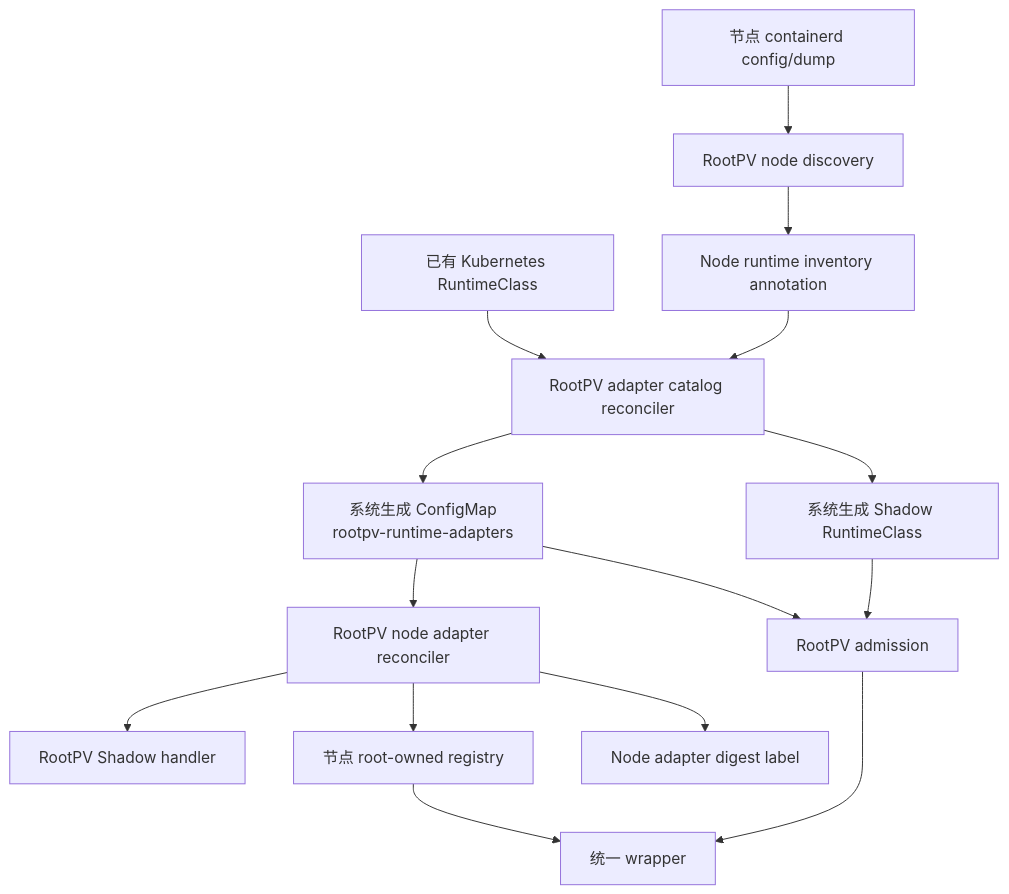
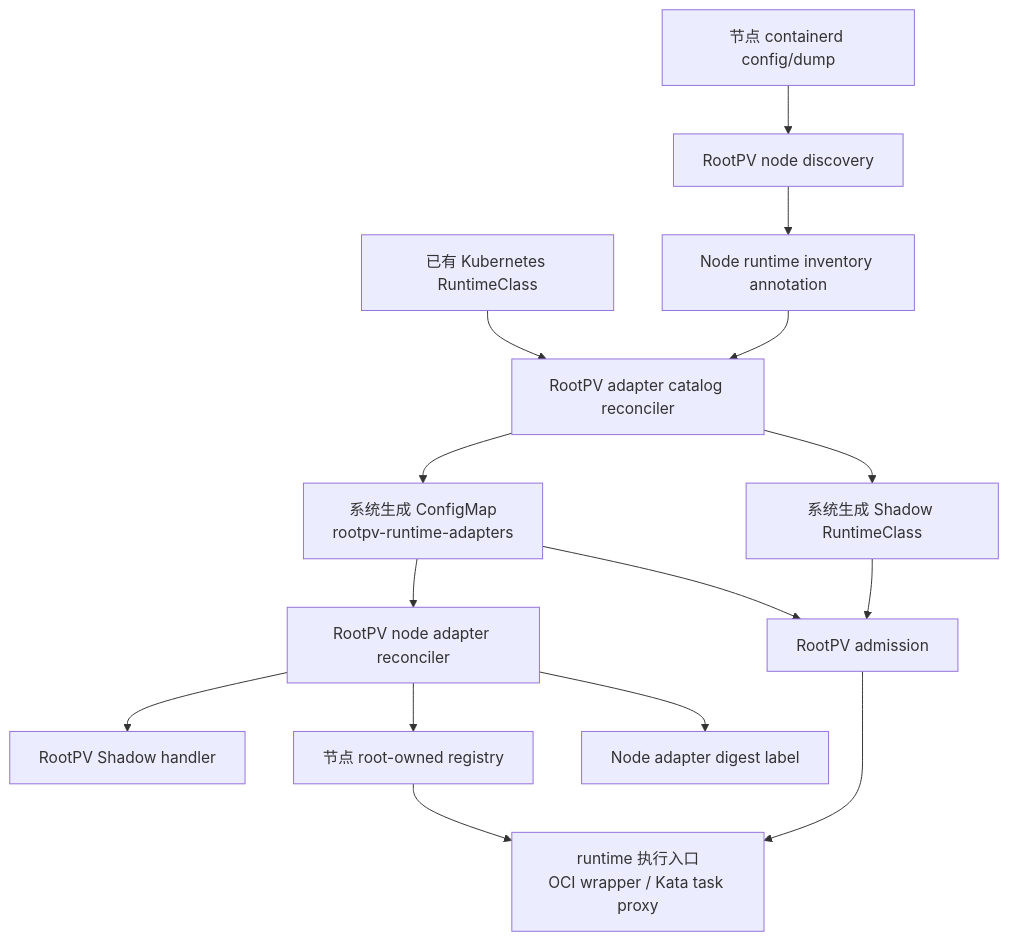
The diagram in docs/design/03-configmap-driven-runtime-adapter-extension-design.md (luogangyi/rootpv), drawn with Mermaid before and after one commit. The commit also changed other lines of this file and 18 other files, not shown here.

````diff
--- a/docs/design/03-configmap-driven-runtime-adapter-extension-design.md
+++ b/docs/design/03-configmap-driven-runtime-adapter-extension-design.md
@@ -196,31 +212,31 @@
 ```mermaid
 flowchart TB
   RC["已有 Kubernetes RuntimeClass"]
   Containerd["节点 containerd config/dump"]
   NodeAgent["RootPV node discovery"]
   Inventory["Node runtime inventory annotation"]
   Controller["RootPV adapter catalog reconciler"]
   Catalog["系统生成 ConfigMap<br/>rootpv-runtime-adapters"]
   ShadowRC["系统生成 Shadow RuntimeClass"]
   NodeReconcile["RootPV node adapter reconciler"]
   Handler["RootPV Shadow handler"]
   Registry["节点 root-owned registry"]
   Ready["Node adapter digest label"]
   Admission["RootPV admission"]
-  Wrapper["统一 wrapper"]
+  Wrapper["runtime 执行入口<br/>OCI wrapper / Kata task proxy"]
 
   Containerd --> NodeAgent
   NodeAgent --> Inventory
   Inventory --> Controller
   RC --> Controller
   Controller --> Catalog
   Controller --> ShadowRC
   Catalog --> NodeReconcile
   NodeReconcile --> Handler
   NodeReconcile --> Registry
   NodeReconcile --> Ready
   Catalog --> Admission
   ShadowRC --> Admission
   Admission --> Wrapper
   Registry --> Wrapper
 ```
````
